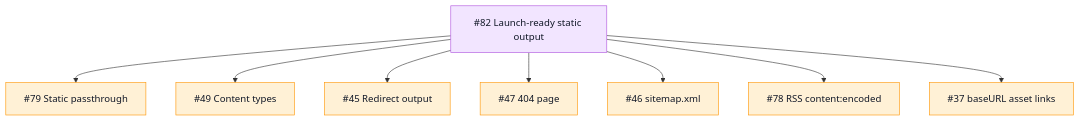
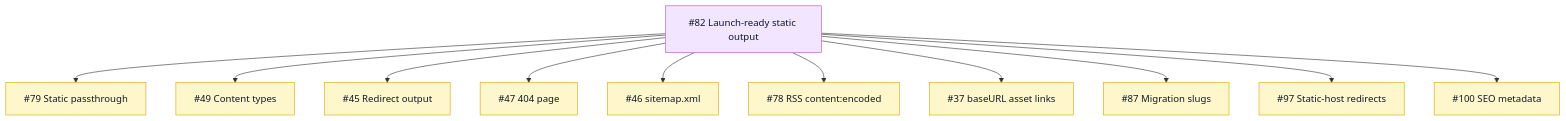
One commit to TileDown/tile-down changed the fifth of 9 diagrams in README.md. Above: the diagram before and after it, drawn with Mermaid. The commit also changed other lines of this file and 5 other files, not shown here.

Commit message:
fix(site): exclude redirect targets from sitemap

````diff
--- a/README.md
+++ b/README.md
@@ -112,14 +114,18 @@
 ```mermaid
 flowchart TD
   Epic["#82 Launch-ready static output"]:::epic
-  Epic --> Static["#79 Static passthrough"]:::todo
-  Epic --> Types["#49 Content types"]:::todo
-  Epic --> Redirects["#45 Redirect output"]:::todo
-  Epic --> NotFound["#47 404 page"]:::todo
-  Epic --> Sitemap["#46 sitemap.xml"]:::todo
-  Epic --> RSS["#78 RSS content:encoded"]:::todo
-  Epic --> BaseURL["#37 baseURL asset links"]:::todo
+  Epic --> Static["#79 Static passthrough"]:::review
+  Epic --> Types["#49 Content types"]:::review
+  Epic --> Redirects["#45 Redirect output"]:::review
+  Epic --> NotFound["#47 404 page"]:::review
+  Epic --> Sitemap["#46 sitemap.xml"]:::review
+  Epic --> RSS["#78 RSS content:encoded"]:::review
+  Epic --> BaseURL["#37 baseURL asset links"]:::review
+  Epic --> Slugs["#87 Migration slugs"]:::review
+  Epic --> StaticRedirects["#97 Static-host redirects"]:::review
+  Epic --> SEO["#100 SEO metadata"]:::review
 
   classDef epic fill:#f2e5ff,stroke:#af52de,color:#111827
+  classDef review fill:#fff7cc,stroke:#d6a800,color:#111827
   classDef todo fill:#fff1d6,stroke:#ff9500,color:#111827
 ```
````
